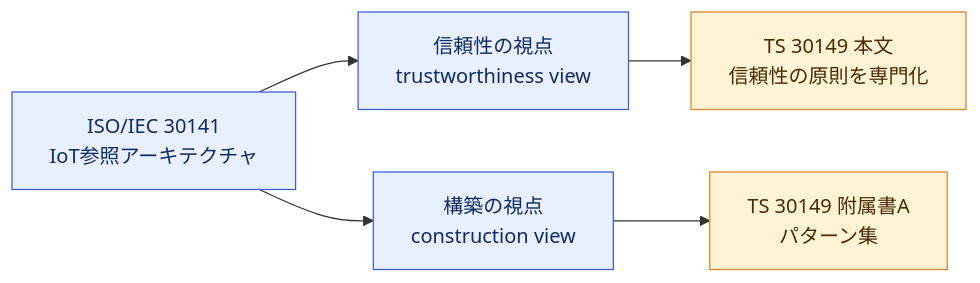
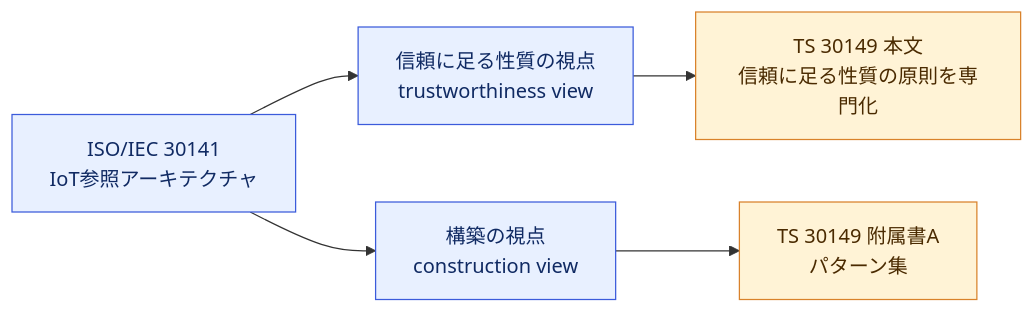
One commit to myoshi2891/Quality-Assurance-Studies changed the first of 11 diagrams in Iso-iec-ts-30149-2024-guide.md. Above: the diagram before and after it, drawn with Mermaid. The commit also changed other lines of this file and 2 other files, not shown here.

Commit message:
docs(iot-digital-twin): ISO/IEC 30186, TR 30194, TS 30149 ガイドの記述・用語および参照URLを改善

````diff
--- a/Iso-iec-ts-30149-2024-guide.md
+++ b/Iso-iec-ts-30149-2024-guide.md
@@ -92,11 +92,11 @@
 ```mermaid
 flowchart LR
-    P1["ISO/IEC 30141<br/>IoT参照アーキテクチャ"] --> P2["信頼性の視点<br/>trustworthiness view"]
+    P1["ISO/IEC 30141<br/>IoT参照アーキテクチャ"] --> P2["信頼に足る性質の視点<br/>trustworthiness view"]
     P1 --> P3["構築の視点<br/>construction view"]
-    P2 --> P4["TS 30149 本文<br/>信頼性の原則を専門化"]
+    P2 --> P4["TS 30149 本文<br/>信頼に足る性質の原則を専門化"]
     P3 --> P5["TS 30149 附属書A<br/>パターン集"]
     classDef base fill:#e8f0ff,stroke:#3b5bdb,color:#102a63
     classDef ts fill:#fff3d6,stroke:#d9822b,color:#4a2a00
     class P1,P2,P3 base
     class P4,P5 ts
 ```
````
